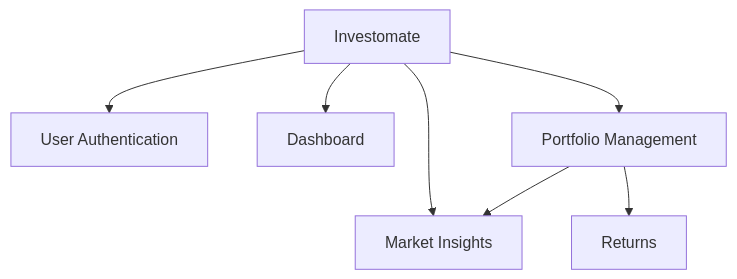
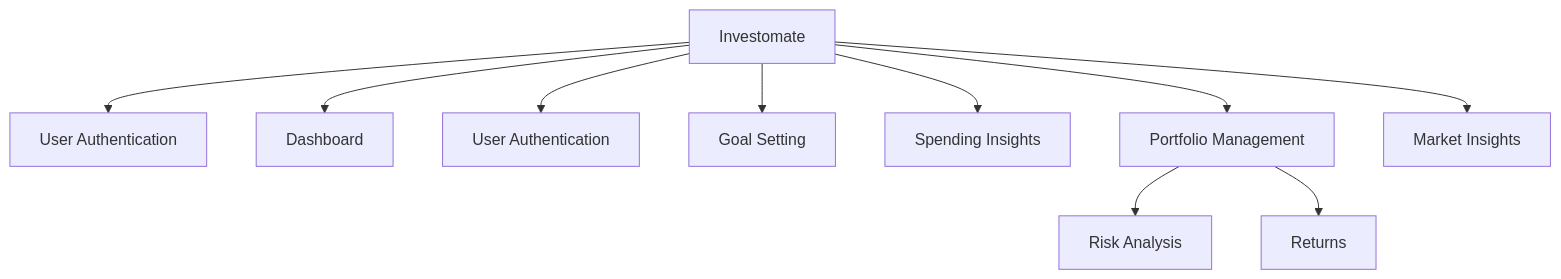
Before and after one commit to its-dhanya/Investomate: the diagram in readme.md, drawn with Mermaid. The commit also changed other lines of this file, not shown here.

````diff
--- a/readme.md
+++ b/readme.md
@@ -173,9 +170,12 @@
 ```mermaid
 graph TD;
   A[Investomate] --> B[User Authentication];
   A --> C[Dashboard];
+  A --> H[User Authentication];
+  A --> I[Goal Setting];
+  A --> J[Spending Insights];
   A --> D[Portfolio Management];
   D --> E[Risk Analysis];
   D --> F[Returns];
-  A --> E[Market Insights];
+  A --> G[Market Insights];
 ```
````
